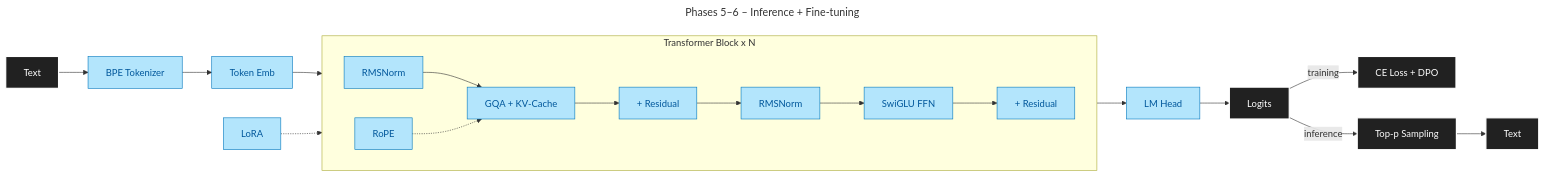
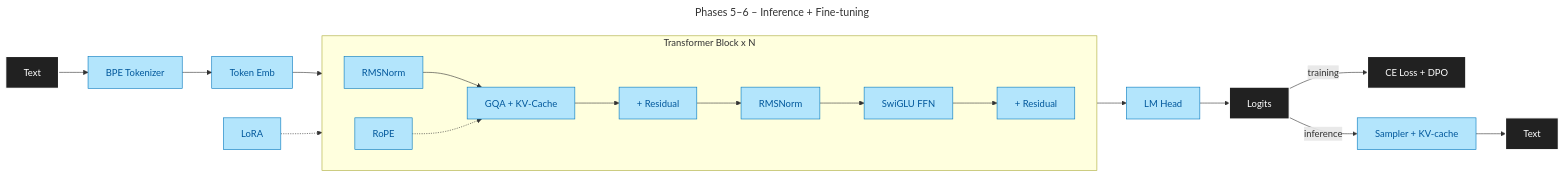
Before and after one commit to maxjbarfuss/max_llm: the fourth of 7 diagrams in docs/DESIGN.md, drawn with Mermaid. The commit also changed other lines of this file and 11 other files, not shown here.

Commit message:
Refactor inference utilities and sampling

````diff
--- a/docs/DESIGN.md
+++ b/docs/DESIGN.md
@@ -68,18 +69,19 @@
 ```mermaid
 ---
 title: Phases 5–6 – Inference + Fine-tuning
 ---
 graph LR
     A[Text]:::io --> B[BPE Tokenizer]:::p56 --> C[Token Emb]:::p56 --> Block
     subgraph Block[Transformer Block x N]
         direction LR
         D[RMSNorm]:::p56 --> E[GQA + KV-Cache]:::p56 --> F[+ Residual]:::p56 --> G[RMSNorm]:::p56 --> H[SwiGLU FFN]:::p56 --> I[+ Residual]:::p56
         RoPE:::p56 -.-> E
     end
     Block --> J[LM Head]:::p56 --> K[Logits]:::io
     K -->|training| L[CE Loss + DPO]:::io
-    K -->|inference| M[Top-p Sampling]:::io --> N[Text]:::io
+    K -->|inference| M[Sampler + KV-cache]:::p56 --> N[Text]:::io
     LoRA:::p56 -.-> Block
     classDef io fill:#212121,stroke:#FFFFFF,color:#FFFFFF,stroke-width:2px
+    classDef p3 fill:#BBDEFB,stroke:#1565C0,color:#0D47A1
     classDef p56 fill:#B3E5FC,stroke:#0277BD,color:#01579B
 ```
````
